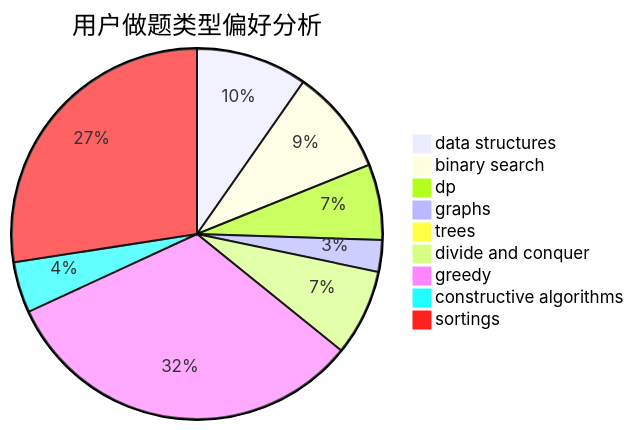
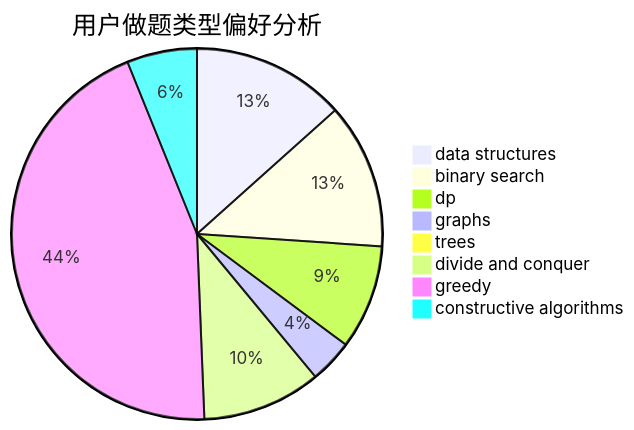
The second of 3 diagrams in docs/user/u2591.md (sherpahu/cfrs.github.io), drawn with Mermaid before and after one commit. The commit also changed other lines of this file and 2769 other files, not shown here.

````diff
--- a/docs/user/u2591.md
+++ b/docs/user/u2591.md
@@ -18,12 +18,11 @@
 ```mermaid
 pie title 用户做题类型偏好分析
     "data structures" :  116
     "binary search" :  110
     "dp" :  79
     "graphs" :  33
     "trees" :  7
     "divide and conquer" :  90
     "greedy" :  386
     "constructive algorithms" :  53
-    "sortings" :  328
 ```
````
